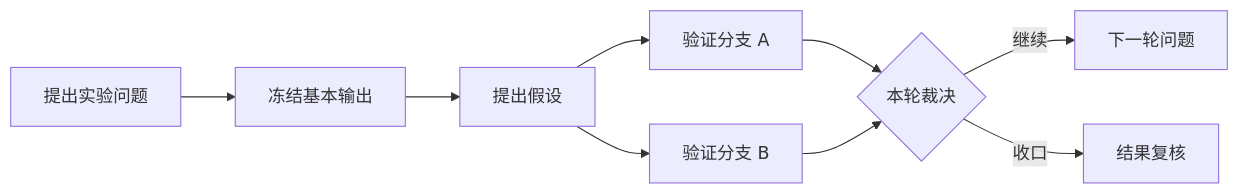
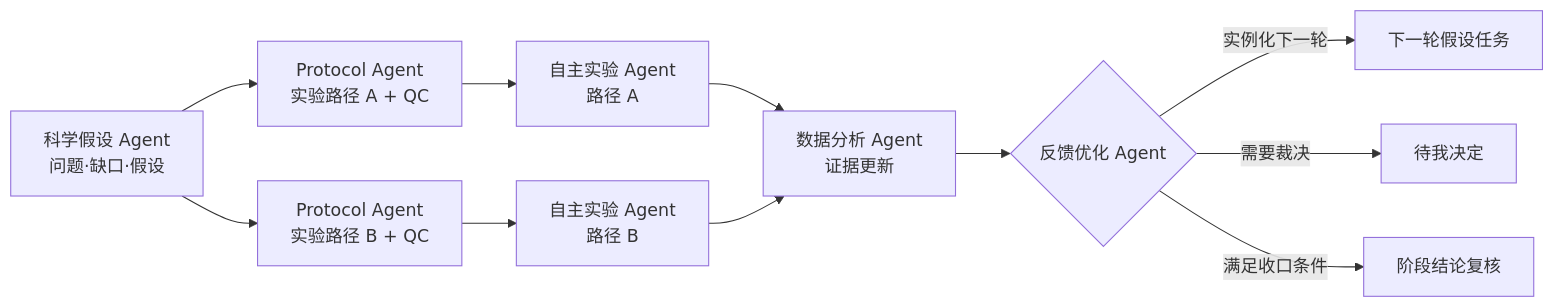
One commit to Dengk3Li/personal-ai-os-core changed the first of 3 diagrams in docs/DEVELOPMENT_TASKBOOK_V0.6.md. Above: the diagram before and after it, drawn with Mermaid. The commit also changed other lines of this file and 13 other files, not shown here.

````diff
--- a/docs/DEVELOPMENT_TASKBOOK_V0.6.md
+++ b/docs/DEVELOPMENT_TASKBOOK_V0.6.md
@@ -142,11 +174,13 @@
 ```mermaid
 flowchart LR
-    Q1[提出实验问题] --> F1[冻结基本输出]
-    F1 --> H1[提出假设]
-    H1 --> V1A[验证分支 A]
-    H1 --> V1B[验证分支 B]
-    V1A --> J1{本轮裁决}
-    V1B --> J1
-    J1 -->|继续| Q2[下一轮问题]
-    J1 -->|收口| R[结果复核]
+    Q[科学假设 Agent<br/>问题·缺口·假设] --> PA[Protocol Agent<br/>实验路径 A + QC]
+    Q --> PB[Protocol Agent<br/>实验路径 B + QC]
+    PA --> EA[自主实验 Agent<br/>路径 A]
+    PB --> EB[自主实验 Agent<br/>路径 B]
+    EA --> D[数据分析 Agent<br/>证据更新]
+    EB --> D
+    D --> F{反馈优化 Agent}
+    F -->|实例化下一轮| Q2[下一轮假设任务]
+    F -->|需要裁决| H[待我决定]
+    F -->|满足收口条件| R[阶段结论复核]
 ```
````
